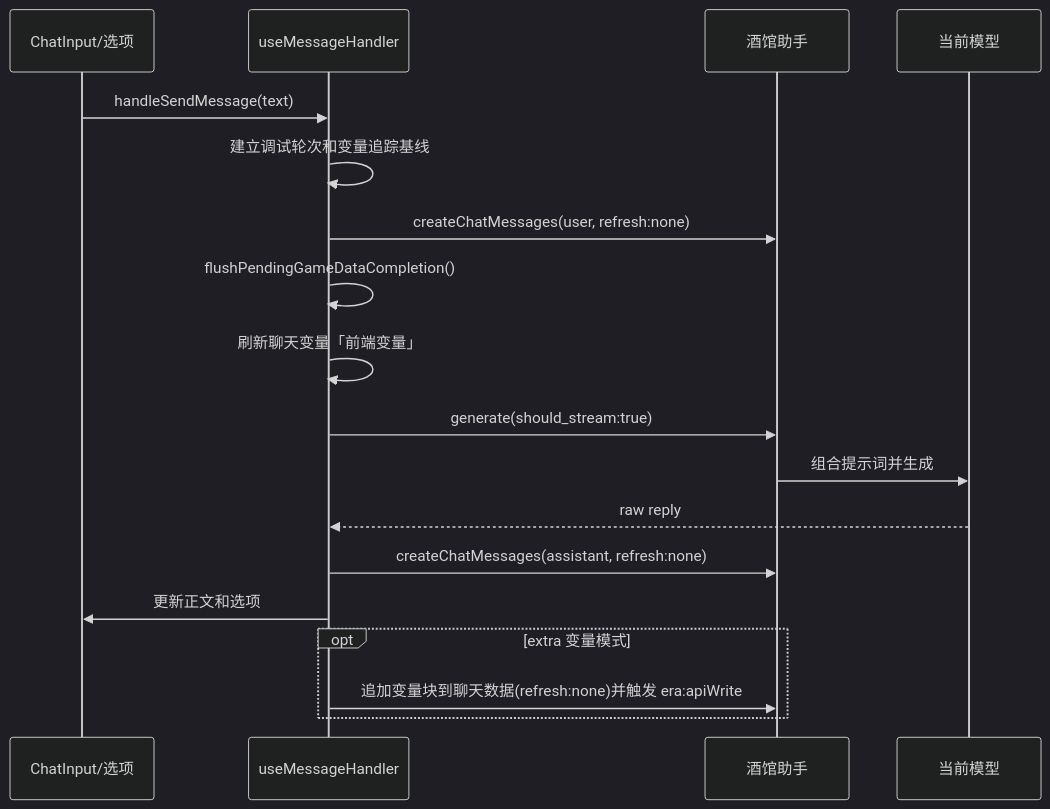
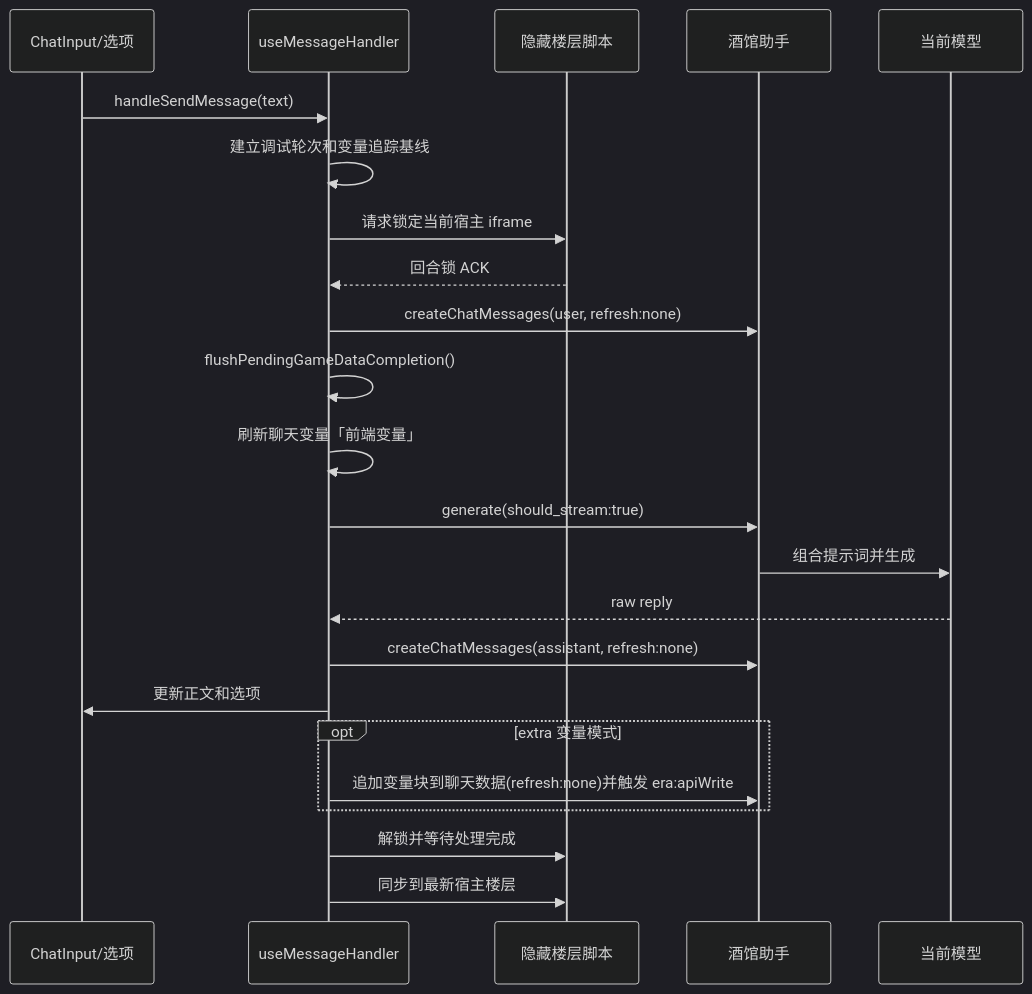
Before and after one commit to jam4435/sillytavern0011: the diagram in src/武侠/docs/02-消息生命周期.md, drawn with Mermaid (dark theme). The commit also changed other lines of this file and 55 other files, not shown here.

````diff
--- a/src/武侠/docs/02-消息生命周期.md
+++ b/src/武侠/docs/02-消息生命周期.md
@@ -11,21 +13,26 @@
 ```mermaid
 sequenceDiagram
     participant UI as ChatInput/选项
     participant Handler as useMessageHandler
+    participant Shell as 隐藏楼层脚本
     participant Tavern as 酒馆助手
     participant Model as 当前模型
 
     UI->>Handler: handleSendMessage(text)
     Handler->>Handler: 建立调试轮次和变量追踪基线
+    Handler->>Shell: 请求锁定当前宿主 iframe
+    Shell-->>Handler: 回合锁 ACK
     Handler->>Tavern: createChatMessages(user, refresh:none)
     Handler->>Handler: flushPendingGameDataCompletion()
     Handler->>Handler: 刷新聊天变量「前端变量」
     Handler->>Tavern: generate(should_stream:true)
     Tavern->>Model: 组合提示词并生成
     Model-->>Handler: raw reply
     Handler->>Tavern: createChatMessages(assistant, refresh:none)
     Handler->>UI: 更新正文和选项
     opt extra 变量模式
         Handler->>Tavern: 追加变量块到聊天数据(refresh:none)并触发 era:apiWrite
     end
+    Handler->>Shell: 解锁并等待处理完成
+    Handler->>Shell: 同步到最新宿主楼层
 ```
````
